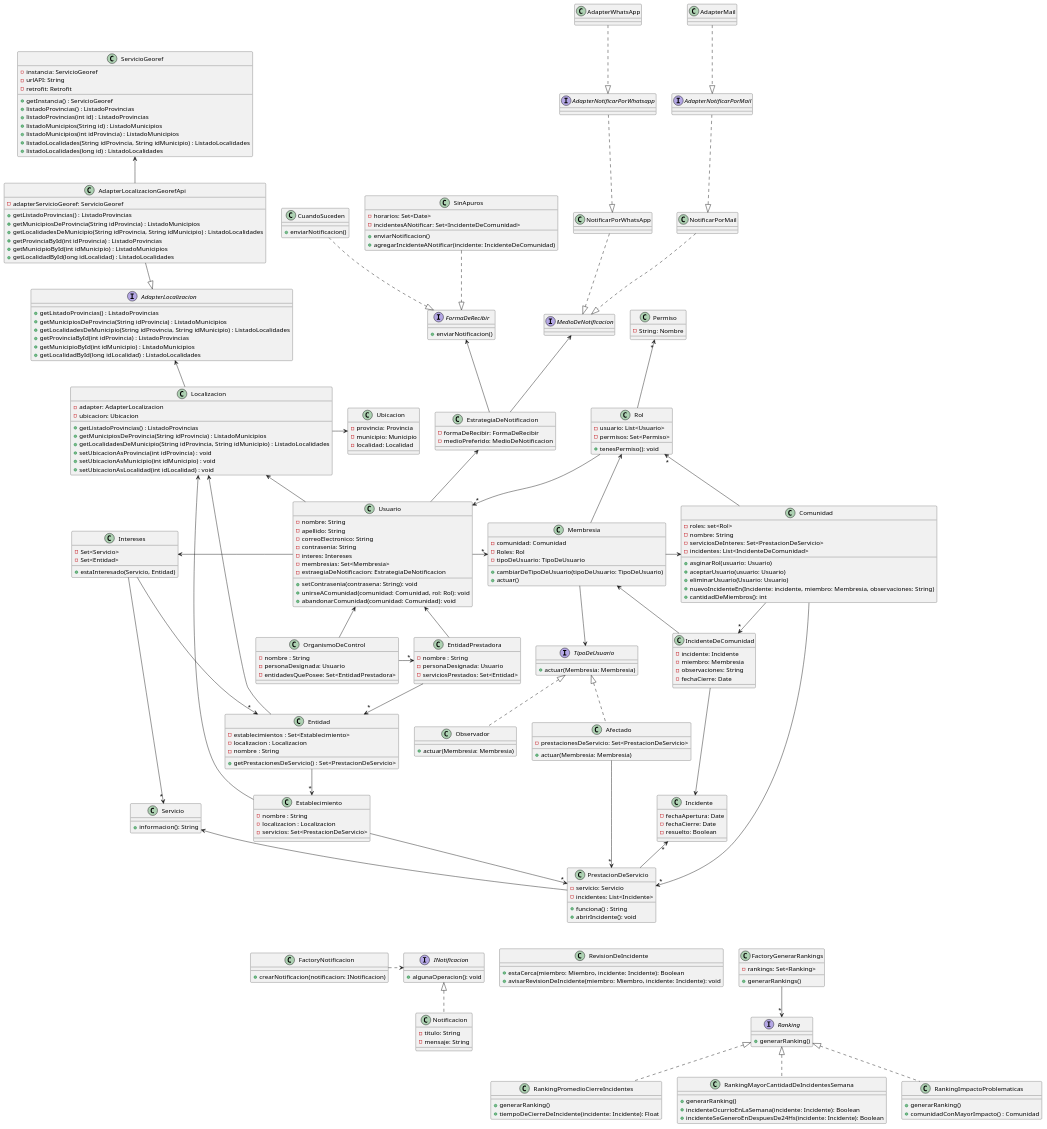
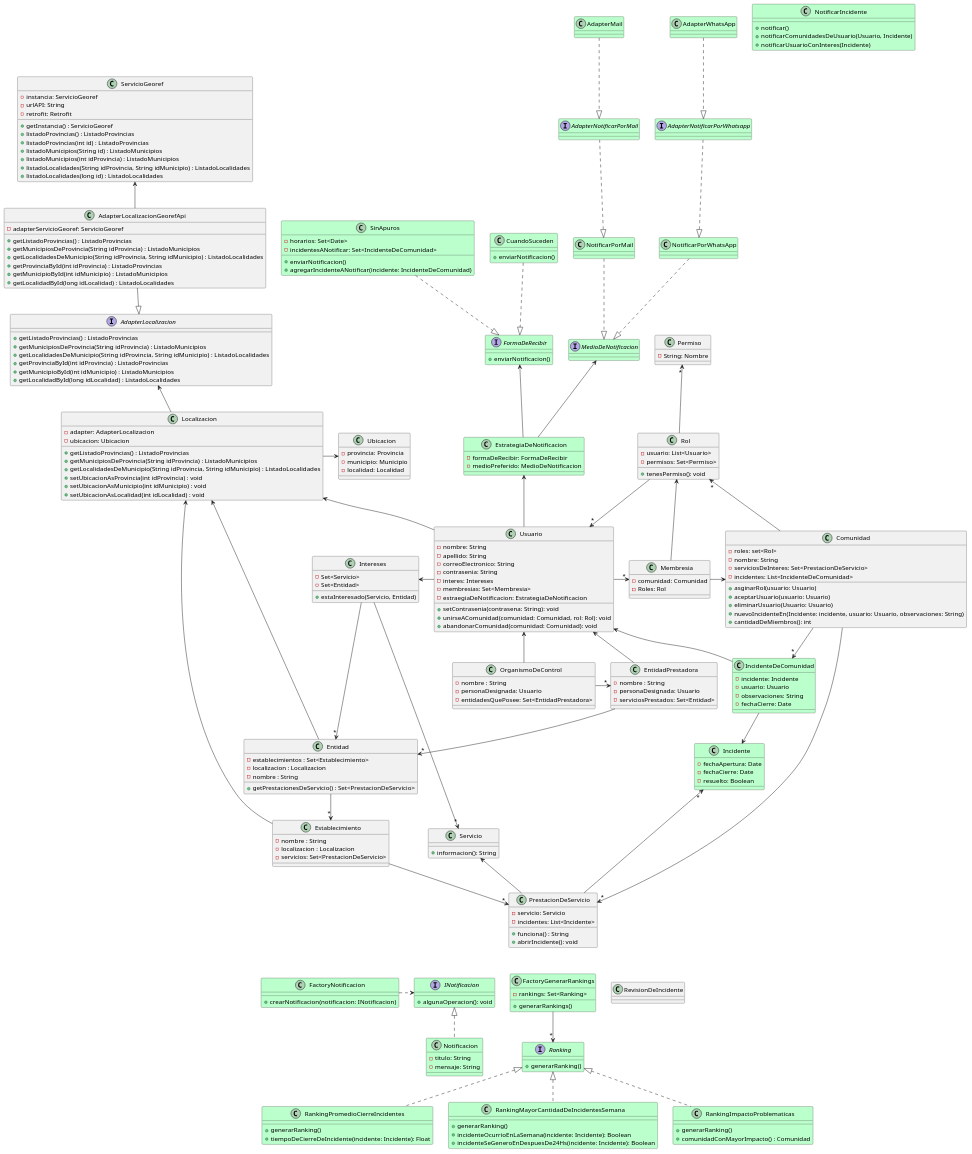
One commit to AndyTrias/comunidades-apoyo-movilidad-reducida- changed the diagram in Entregables/DiagramaDeClases.wsd. Above: the diagram before and after it, drawn with PlantUML.

Commit message:
Config file creadoo, y posible solucion con un rol base desde config

```diff
--- a/Entregables/DiagramaDeClases.wsd
+++ b/Entregables/DiagramaDeClases.wsd
@@ -41,7 +41,7 @@
     + asginarRol(usuario: Usuario)
     + aceptarUsuario(usuario: Usuario)
     + eliminarUsuario(Usuario: Usuario)
-    + nuevoIncidenteEn(Incidente: incidente, miembro: Membresia, observaciones: String)
+    + nuevoIncidenteEn(Incidente: incidente, usuario: Usuario, observaciones: String)
     + cantidadDeMiembros(): int
 }
 
@@ -223,70 +223,75 @@
 /' Entrega 3 '/
 
 /' INCIDENTES '/
-Class Incidente {
+Class Incidente #bbffcc{
     - fechaApertura: Date
     - fechaCierre: Date
     - resuelto: Boolean 
 }
 
-Class IncidenteDeComunidad {
+Class IncidenteDeComunidad #bbffcc{
     - incidente: Incidente
-    - miembro: Membresia
+    - usuario: Usuario
     - observaciones: String
     - fechaCierre: Date
+}
+
+Class NotificarIncidente #bbffcc {
+    + notificar()
+    + notificarComunidadesDeUsuario(Usuario, Incidente)
+    + notificarUsuarioConInteres(Incidente)
 }
 
 Incidente "*" <-- PrestacionDeServicio 
 Comunidad --> "*" IncidenteDeComunidad
 IncidenteDeComunidad --> Incidente
-IncidenteDeComunidad --> Membresia
-' Membresia ..> PrestacionDeServicio
+IncidenteDeComunidad --> Usuario
 
 /' CONFIGURACION DE NOTIFICACIONES '/
-Class EstrategiaDeNotificacion {
+Class EstrategiaDeNotificacion #bbffcc{
     - formaDeRecibir: FormaDeRecibir
     - medioPreferido: MedioDeNotificacion
 }
 
-Interface MedioDeNotificacion {
+Interface MedioDeNotificacion #bbffcc{
 
 }
 
-Class NotificarPorWhatsApp {
+Class NotificarPorWhatsApp #bbffcc{
 
 }
 
-Class NotificarPorMail {
+Class NotificarPorMail #bbffcc{
 
 }
 
 /' ADAPTERS MEDIO DE NOTIFICACION '/
 
-Interface AdapterNotificarPorWhatsapp {
+Interface AdapterNotificarPorWhatsapp #bbffcc{
     
 }
 
-Interface AdapterNotificarPorMail {
+Interface AdapterNotificarPorMail #bbffcc{
     
 }
 
-Class AdapterWhatsApp {
+Class AdapterWhatsApp #bbffcc{
 
 }
 
-Class AdapterMail {
+Class AdapterMail #bbffcc{
 
 }
 
-Interface FormaDeRecibir {
+Interface FormaDeRecibir #bbffcc{
     + enviarNotificacion()
 }
 
-Class CuandoSuceden {
+Class CuandoSuceden #bbffcc{
     + enviarNotificacion()
 }
 
-Class SinApuros {
+Class SinApuros #bbffcc{
     - horarios: Set<Date>
     - incidentesANotificar: Set<IncidenteDeComunidad>
 
@@ -296,15 +301,15 @@
 
 /' NOTIFICACIONES '/
 
-Class FactoryNotificacion {
+Class FactoryNotificacion #bbffcc{
     + crearNotificacion(notificacion: INotificacion) 
 }
 
-Interface INotificacion{
+Interface INotificacion #bbffcc{
     + algunaOperacion(): void
 }
 
-Class Notificacion {
+Class Notificacion #bbffcc{
     - titulo: String
     - mensaje: String
 }
@@ -333,36 +338,36 @@
 
 /' SUGERENCIA REVISION DE INCIDENTE '/
 
-Class RevisionDeIncidente {
+/' Class RevisionDeIncidente {
     + estaCerca(miembro: Miembro, incidente: Incidente): Boolean
     + avisarRevisionDeIncidente(miembro: Miembro, incidente: Incidente): void
-}
+} '/
 
 
 /' RANKINGS '/
 
-Class FactoryGenerarRankings {
+Class FactoryGenerarRankings #bbffcc{
     - rankings: Set<Ranking>
 
     + generarRankings()
 }
 
-Interface Ranking {
+Interface Ranking #bbffcc{
     + generarRanking()
 }
 
-Class RankingPromedioCierreIncidentes {
+Class RankingPromedioCierreIncidentes #bbffcc{
     + generarRanking()
     + tiempoDeCierreDeIncidente(incidente: Incidente): Float
 }
 
-Class RankingMayorCantidadDeIncidentesSemana {
+Class RankingMayorCantidadDeIncidentesSemana #bbffcc{
     + generarRanking()
     + incidenteOcurrioEnLaSemana(incidente: Incidente): Boolean
     + incidenteSeGeneroEnDespuesDe24Hs(incidente: Incidente): Boolean
 }
 
-Class RankingImpactoProblematicas {
+Class RankingImpactoProblematicas #bbffcc{
     + generarRanking()
     + comunidadConMayorImpacto() : Comunidad
 }
@@ -376,7 +381,7 @@
 
 /' AFECTADO U OBSERVADOR '/
 
-Class Membresia {
+/' Class Membresia {
     - tipoDeUsuario: TipoDeUsuario
 
     + cambiarDeTipoDeUsuario(tipoDeUsuario: TipoDeUsuario)
@@ -401,7 +406,7 @@
 TipoDeUsuario <|.. Observador
 Afectado --> "*" PrestacionDeServicio
 
-/' Class TipoDeUsuario {
+Class TipoDeUsuario {
     - nombre: String
     - prestacionesDeServicio: Set<PrestacionDeServicio>
 }
```
